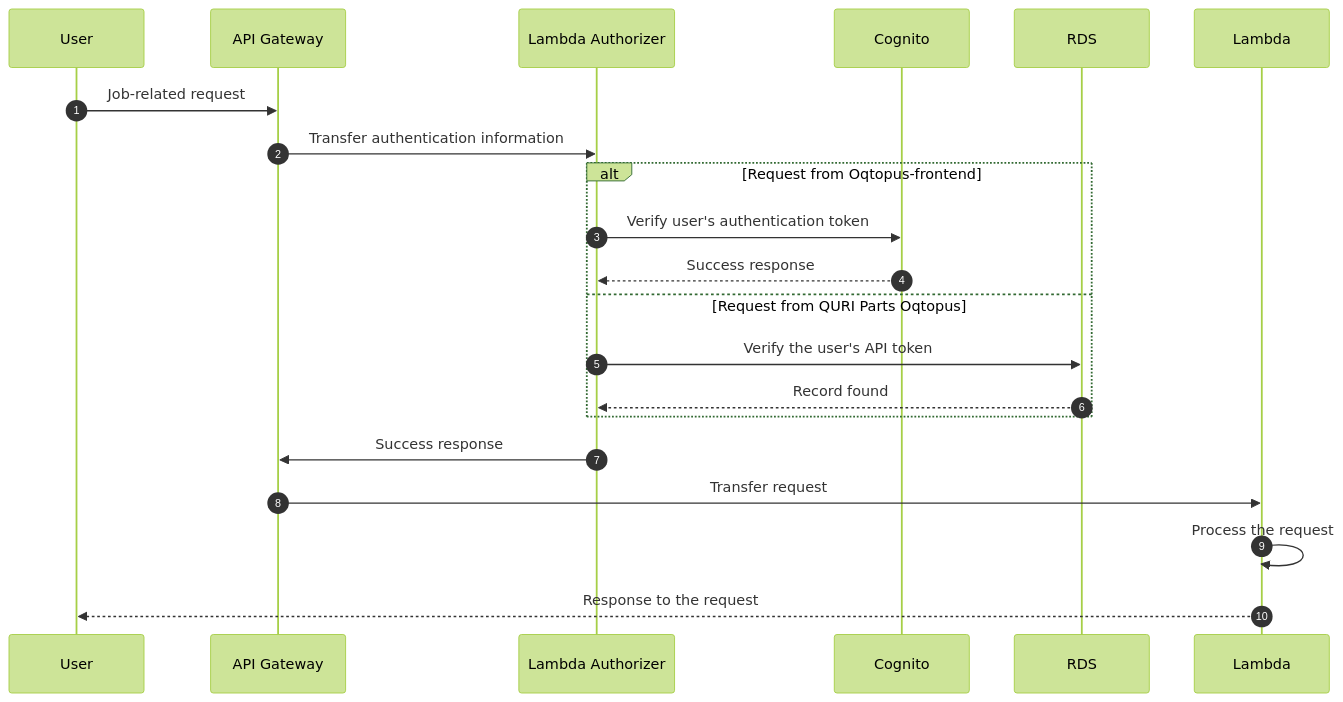
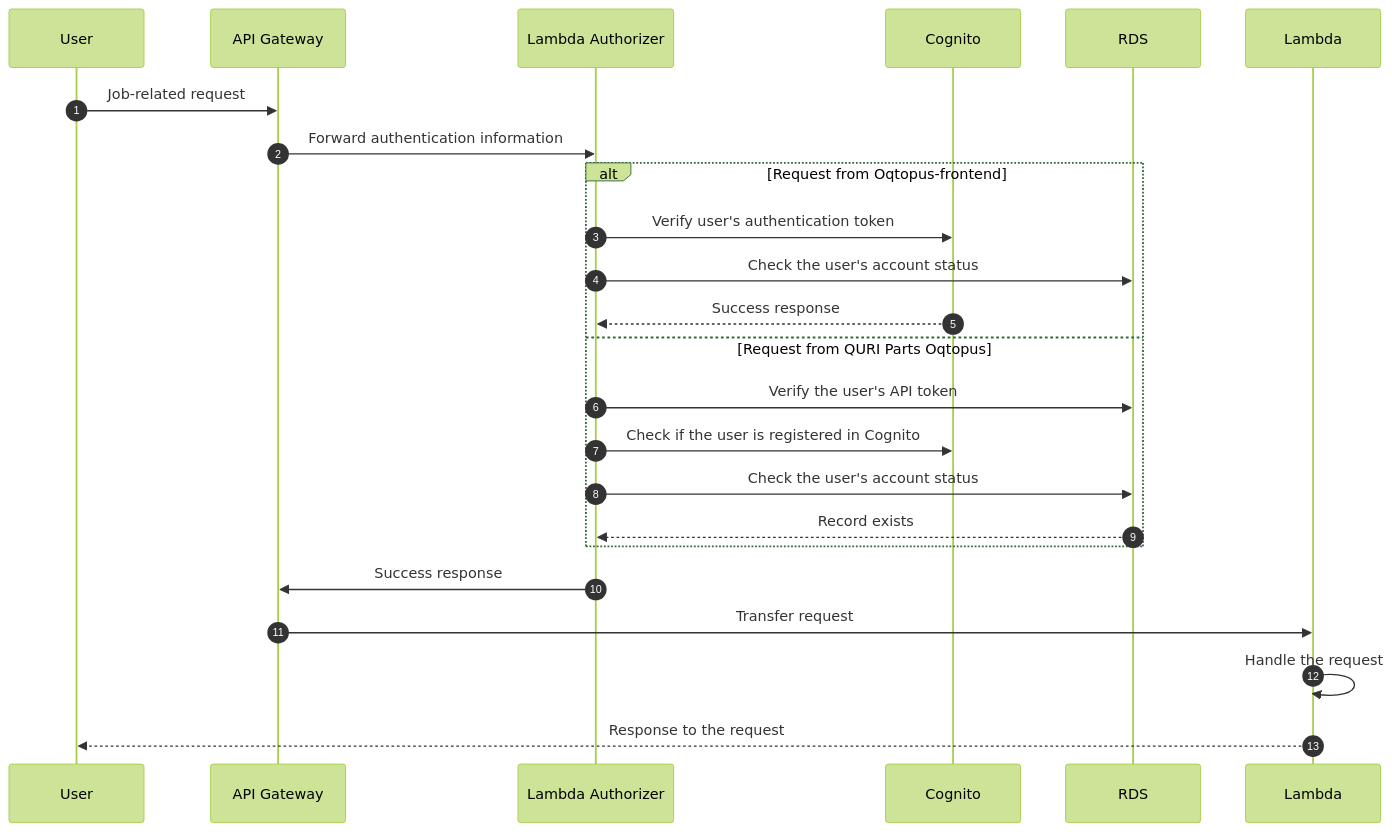
One commit to oqtopus-team/oqtopus-cloud changed the diagram in docs/en/architecture/frontend_authentication_flow.md. Above: the diagram before and after it, drawn with Mermaid (forest theme). The commit also changed 1 other file, not shown here.

Commit message:
fix: update terminology in authentication and signup flow documentation

````diff
--- a/docs/en/architecture/frontend_authentication_flow.md
+++ b/docs/en/architecture/frontend_authentication_flow.md
@@ -28,24 +28,27 @@
 ```mermaid
 sequenceDiagram
     autonumber
     participant U as User
     participant AG as API Gateway
     participant LA as Lambda Authorizer
     participant C as Cognito
     participant DB as RDS
     participant L as Lambda
 
     U->>AG: Job-related request
-    AG->>LA: Transfer authentication information
+    AG->>LA: Forward authentication information
     alt Request from Oqtopus-frontend
       LA->>C: Verify user's authentication token
+      LA->>DB: Check the user's account status
       C-->>LA: Success response
     else Request from QURI Parts Oqtopus
       LA->>DB: Verify the user's API token
-      DB-->>LA: Record found
+      LA->>C: Check if the user is registered in Cognito
+      LA->>DB: Check the user's account status
+      DB-->>LA: Record exists
     end
     LA->>AG: Success response
     AG->>L: Transfer request
-    L->>L: Process the request
+    L->>L: Handle the request
     L-->>U: Response to the request
 ```
````
